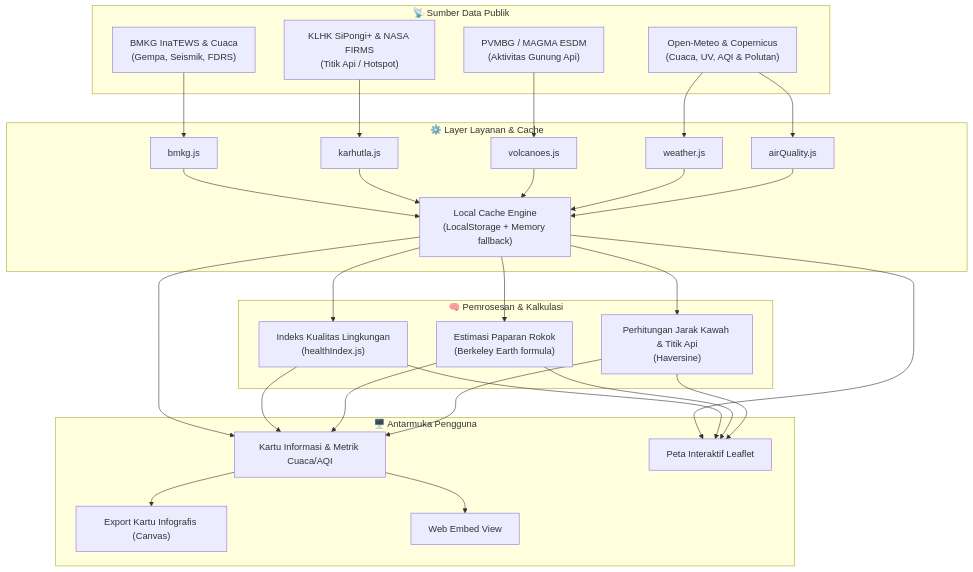
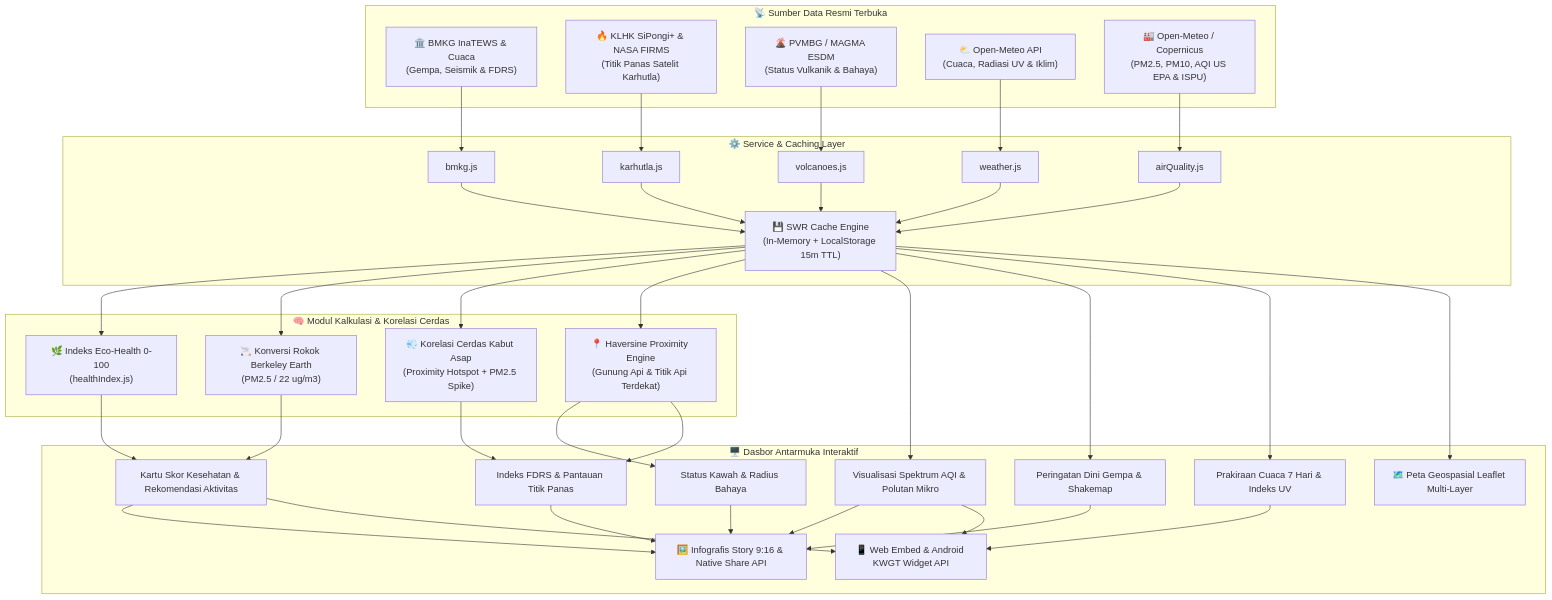
The diagram in README.md (Fiscalll2/JagaKota), drawn with Mermaid before and after one commit. The commit also changed other lines of this file, not shown here.

````diff
--- a/README.md
+++ b/README.md
@@ -53,41 +33,69 @@
 ```mermaid
 flowchart TD
-    subgraph DataSources ["📡 Sumber Data Publik"]
-        BMKG["BMKG InaTEWS & Cuaca\n(Gempa, Seismik, FDRS)"]
-        KLHK["KLHK SiPongi+ & NASA FIRMS\n(Titik Api / Hotspot)"]
-        PVMBG["PVMBG / MAGMA ESDM\n(Aktivitas Gunung Api)"]
-        Meteo["Open-Meteo & Copernicus\n(Cuaca, UV, AQI & Polutan)"]
+    subgraph Sumber_Data_Resmi ["📡 Sumber Data Resmi Terbuka"]
+        BMKG_API["🏛️ BMKG InaTEWS & Cuaca\n(Gempa, Seismik & FDRS)"]
+        KLHK_API["🔥 KLHK SiPongi+ & NASA FIRMS\n(Titik Panas Satelit Karhutla)"]
+        PVMBG_API["🌋 PVMBG / MAGMA ESDM\n(Status Vulkanik & Bahaya)"]
+        Meteo_API["⛅ Open-Meteo API\n(Cuaca, Radiasi UV & Iklim)"]
+        AQI_API["🏭 Open-Meteo / Copernicus\n(PM2.5, PM10, AQI US EPA & ISPU)"]
     end
 
-    subgraph Services ["⚙️ Layer Layanan & Cache"]
+    subgraph Service_Layer ["⚙️ Service & Caching Layer"]
         BMKG_Svc["bmkg.js"]
         Karhutla_Svc["karhutla.js"]
         Volcano_Svc["volcanoes.js"]
         Weather_Svc["weather.js"]
         AQI_Svc["airQuality.js"]
-        Cache["Local Cache Engine\n(LocalStorage + Memory fallback)"]
+        Cache["💾 SWR Cache Engine\n(In-Memory + LocalStorage 15m TTL)"]
     end
 
-    subgraph Logic ["🧠 Pemrosesan & Kalkulasi"]
-        EcoScore["Indeks Kualitas Lingkungan\n(healthIndex.js)"]
-        CigCalc["Estimasi Paparan Rokok\n(Berkeley Earth formula)"]
-        Proximity["Perhitungan Jarak Kawah & Titik Api\n(Haversine)"]
+    subgraph Core_Intelligence ["🧠 Modul Kalkulasi & Korelasi Cerdas"]
+        EcoScore["🌿 Indeks Eco-Health 0-100\n(healthIndex.js)"]
+        CigFormula["🚬 Konversi Rokok Berkeley Earth\n(PM2.5 / 22 ug/m3)"]
+        HazeCorrelation["💨 Korelasi Cerdas Kabut Asap\n(Proximity Hotspot + PM2.5 Spike)"]
+        ProximityCalc["📍 Haversine Proximity Engine\n(Gunung Api & Titik Api Terdekat)"]
     end
 
-    subgraph UI ["🖥️ Antarmuka Pengguna"]
-        Cards["Kartu Informasi & Metrik Cuaca/AQI"]
-        Map["Peta Interaktif Leaflet"]
-        ShareCard["Export Kartu Infografis (Canvas)"]
-        Widget["Web Embed View"]
+    subgraph UI_Presentation ["🖥️ Dasbor Antarmuka Interaktif"]
+        Hero["Kartu Skor Kesehatan & Rekomendasi Aktivitas"]
+        AQICard["Visualisasi Spektrum AQI & Polutan Mikro"]
+        KarhutlaCard["Indeks FDRS & Pantauan Titik Panas"]
+        VolcanoCard["Status Kawah & Radius Bahaya"]
+        QuakeCard["Peringatan Dini Gempa & Shakemap"]
+        WeatherCard["Prakiraan Cuaca 7 Hari & Indeks UV"]
+        Map["🗺️ Peta Geospasial Leaflet Multi-Layer"]
+        Share["🖼️ Infografis Story 9:16 & Native Share API"]
+        Widget["📱 Web Embed & Android KWGT Widget API"]
     end
 
-    BMKG --> BMKG_Svc
-    KLHK --> Karhutla_Svc
-    PVMBG --> Volcano_Svc
-    Meteo --> Weather_Svc & AQI_Svc
+    BMKG_API --> BMKG_Svc
+    KLHK_API --> Karhutla_Svc
+    PVMBG_API --> Volcano_Svc
+    Meteo_API --> Weather_Svc
+    AQI_API --> AQI_Svc
 
-    BMKG_Svc & Karhutla_Svc & Volcano_Svc & Weather_Svc & AQI_Svc --> Cache
-    Cache --> EcoScore & CigCalc & Proximity
-    Cache & EcoScore & CigCalc & Proximity --> Cards & Map
-    Cards --> ShareCard & Widget
+    BMKG_Svc --> Cache
+    Karhutla_Svc --> Cache
+    Volcano_Svc --> Cache
+    Weather_Svc --> Cache
+    AQI_Svc --> Cache
+
+    Cache --> EcoScore
+    Cache --> CigFormula
+    Cache --> HazeCorrelation
+    Cache --> ProximityCalc
+
+    EcoScore --> Hero
+    CigFormula --> Hero
+    HazeCorrelation --> KarhutlaCard
+    ProximityCalc --> VolcanoCard
+    ProximityCalc --> KarhutlaCard
+
+    Cache --> AQICard
+    Cache --> QuakeCard
+    Cache --> WeatherCard
+    Cache --> Map
+    
+    Hero & AQICard & KarhutlaCard & VolcanoCard & QuakeCard --> Share
+    Hero & AQICard & WeatherCard --> Widget
 ```
````
